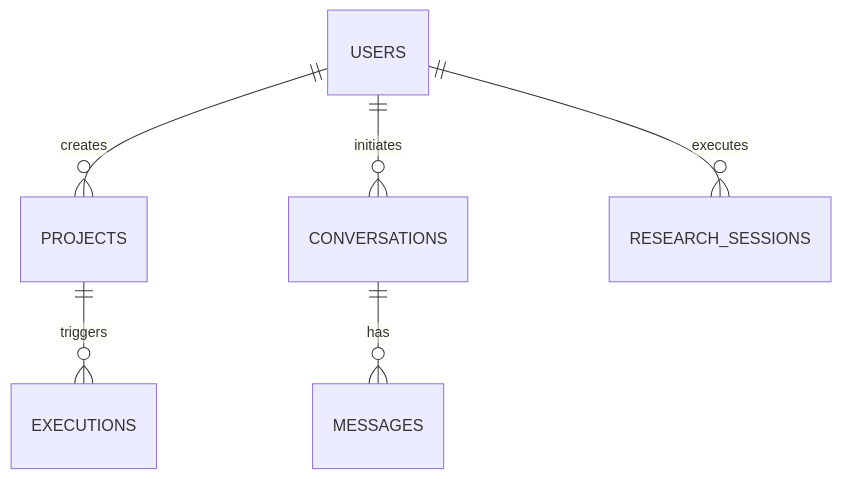
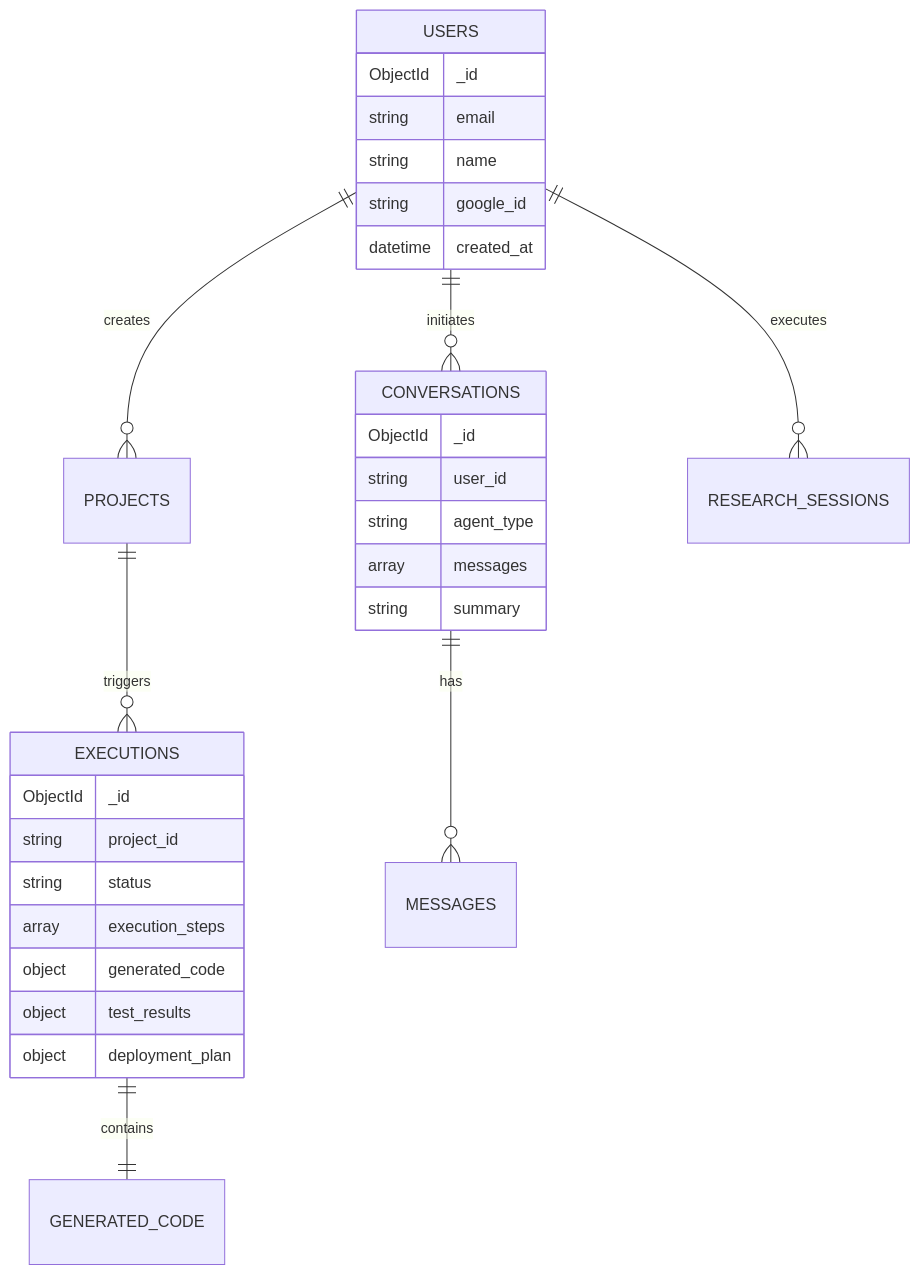
The first of 2 diagrams in README.md (Himanshuyadav37/AetheraAI), drawn with Mermaid before and after one commit. The commit also changed other lines of this file, not shown here.

Commit message:
docs: rebuild README with animated header, tree-style agent workflows, and collapsible module trees

````diff
--- a/README.md
+++ b/README.md
@@ -502,8 +512,33 @@
 ```mermaid
 erDiagram
     USERS ||--o{ PROJECTS : creates
     USERS ||--o{ CONVERSATIONS : initiates
     USERS ||--o{ RESEARCH_SESSIONS : executes
     PROJECTS ||--o{ EXECUTIONS : triggers
+    EXECUTIONS ||--|| GENERATED_CODE : contains
     CONVERSATIONS ||--o{ MESSAGES : has
+
+    USERS {
+        ObjectId _id
+        string email
+        string name
+        string google_id
+        datetime created_at
+    }
+    EXECUTIONS {
+        ObjectId _id
+        string project_id
+        string status
+        array execution_steps
+        object generated_code
+        object test_results
+        object deployment_plan
+    }
+    CONVERSATIONS {
+        ObjectId _id
+        string user_id
+        string agent_type
+        array messages
+        string summary
+    }
 ```
````
